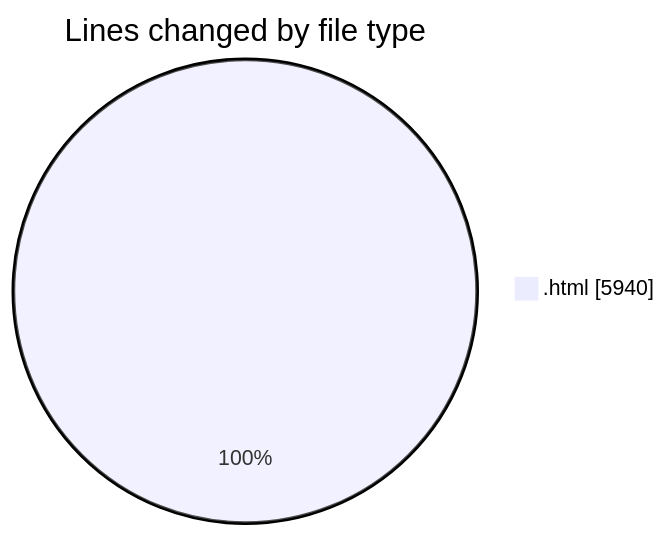
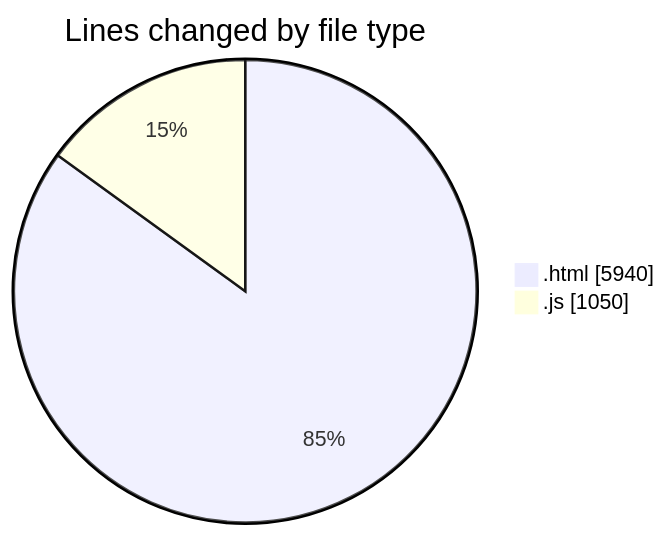
The first of 2 diagrams in 2025-08-10/nxtqube_webapp/README.md (nxtqubesakshisongat/code-tracking), drawn with Mermaid before and after one commit. The commit also changed other lines of this file and 1 other file, not shown here.

````diff
--- a/2025-08-10/nxtqube_webapp/README.md
+++ b/2025-08-10/nxtqube_webapp/README.md
@@ -22,5 +23,6 @@
 ```mermaid
 pie showData
 title Lines changed by file type
 ".html" : 5940
+".js" : 1050
 ```
````
